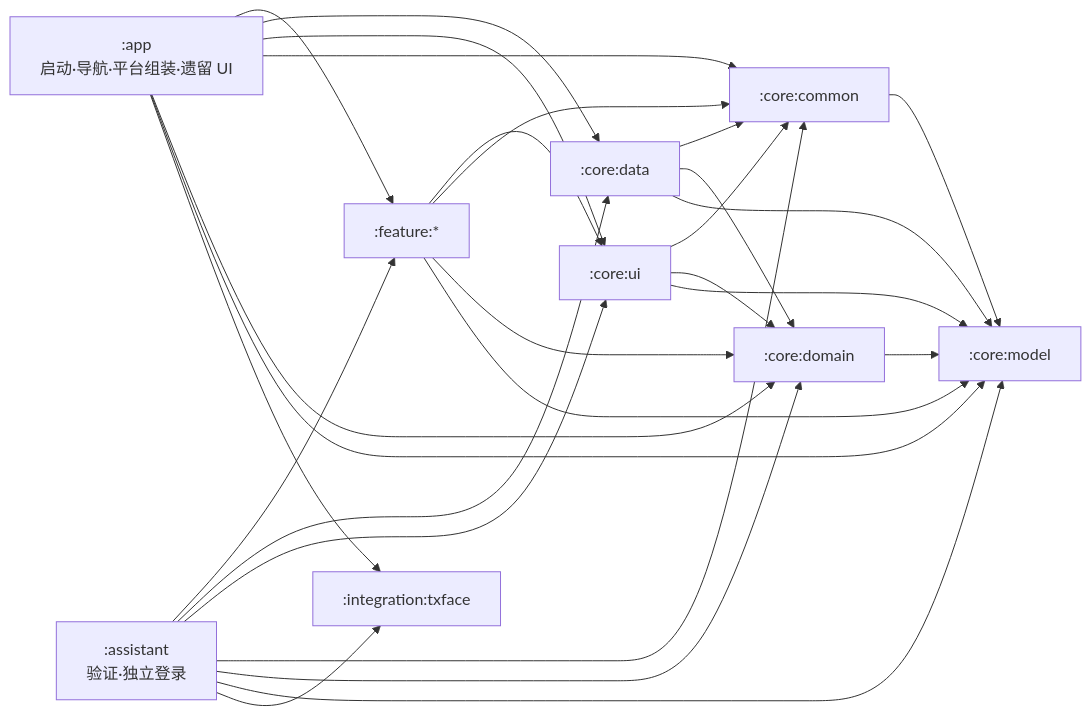
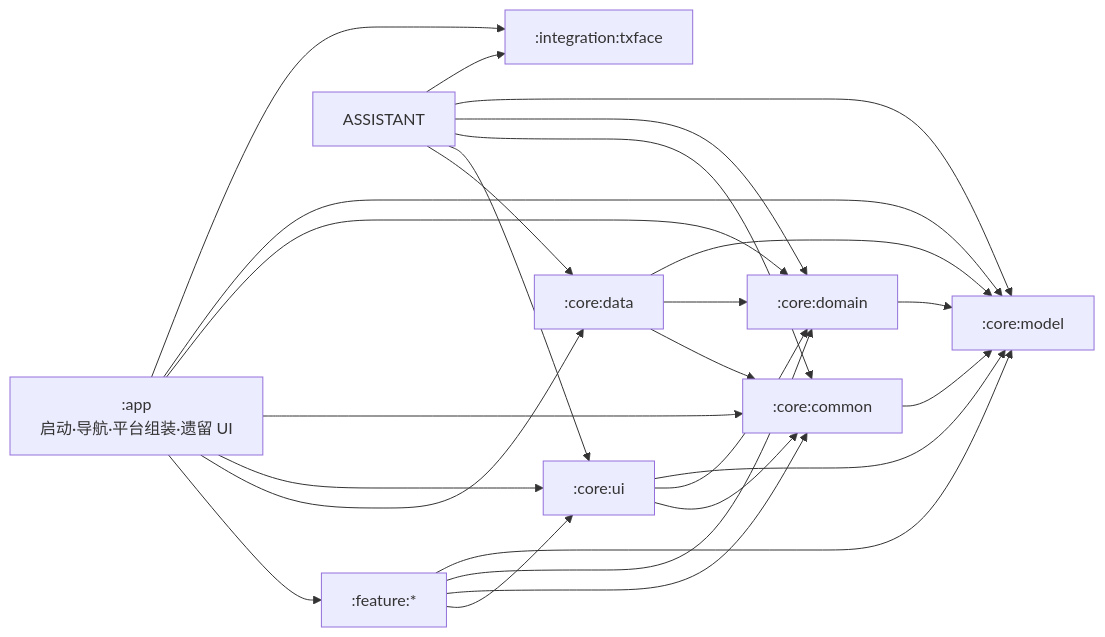
One commit to wj20101/longcare changed the diagram in docs/architecture/system-overview.md. Above: the diagram before and after it, drawn with Mermaid. The commit also changed other lines of this file and 114 other files, not shown here.

````diff
--- a/docs/architecture/system-overview.md
+++ b/docs/architecture/system-overview.md
@@ -18,30 +18,29 @@
 ```mermaid
 flowchart LR
     APP[":app<br/>启动·导航·平台组装·遗留 UI"] --> FEATURES[":feature:*"]
     APP --> DATA[":core:data"]
     APP --> UI[":core:ui"]
     APP --> COMMON[":core:common"]
     APP --> DOMAIN[":core:domain"]
     APP --> MODEL[":core:model"]
     APP --> TX[":integration:txface"]
-    ASSISTANT[":assistant<br/>验证·独立登录"] --> FEATURES
     ASSISTANT --> DATA
     ASSISTANT --> UI
     ASSISTANT --> COMMON
     ASSISTANT --> DOMAIN
     ASSISTANT --> MODEL
     ASSISTANT --> TX
 
     FEATURES --> UI
     FEATURES --> COMMON
     FEATURES --> DOMAIN
     FEATURES --> MODEL
     DATA --> COMMON
     DATA --> DOMAIN
     DATA --> MODEL
     UI --> COMMON
     UI --> DOMAIN
     UI --> MODEL
     COMMON --> MODEL
     DOMAIN --> MODEL
 ```
````
